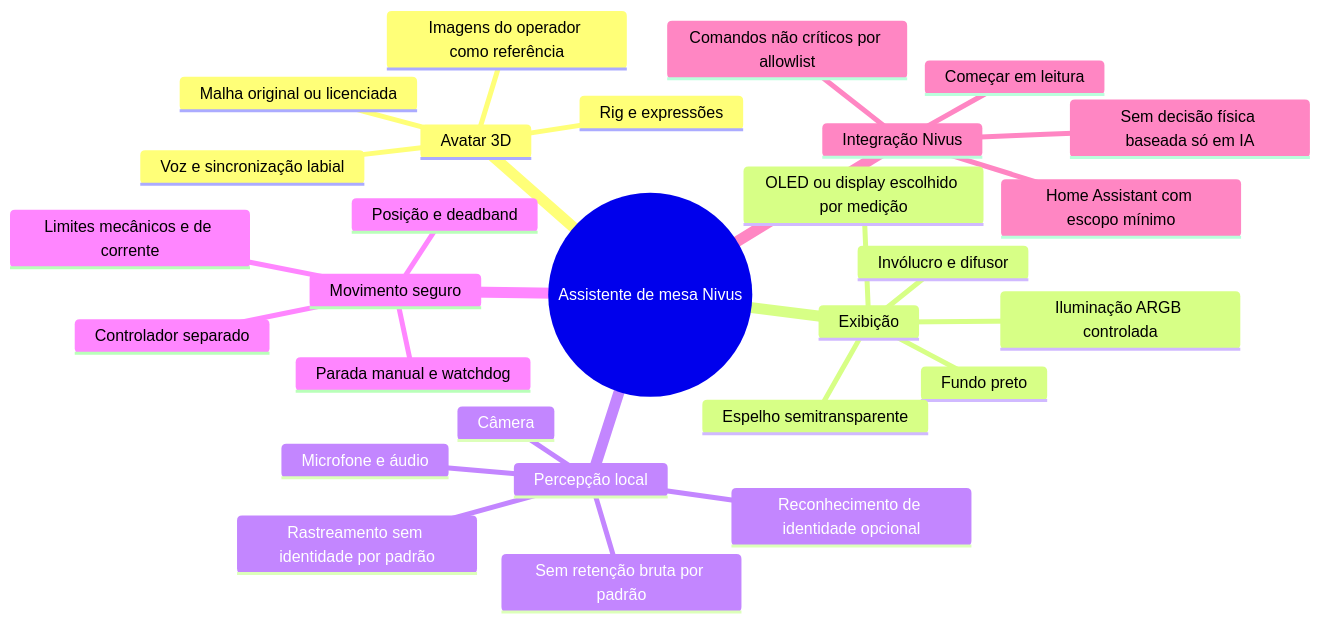
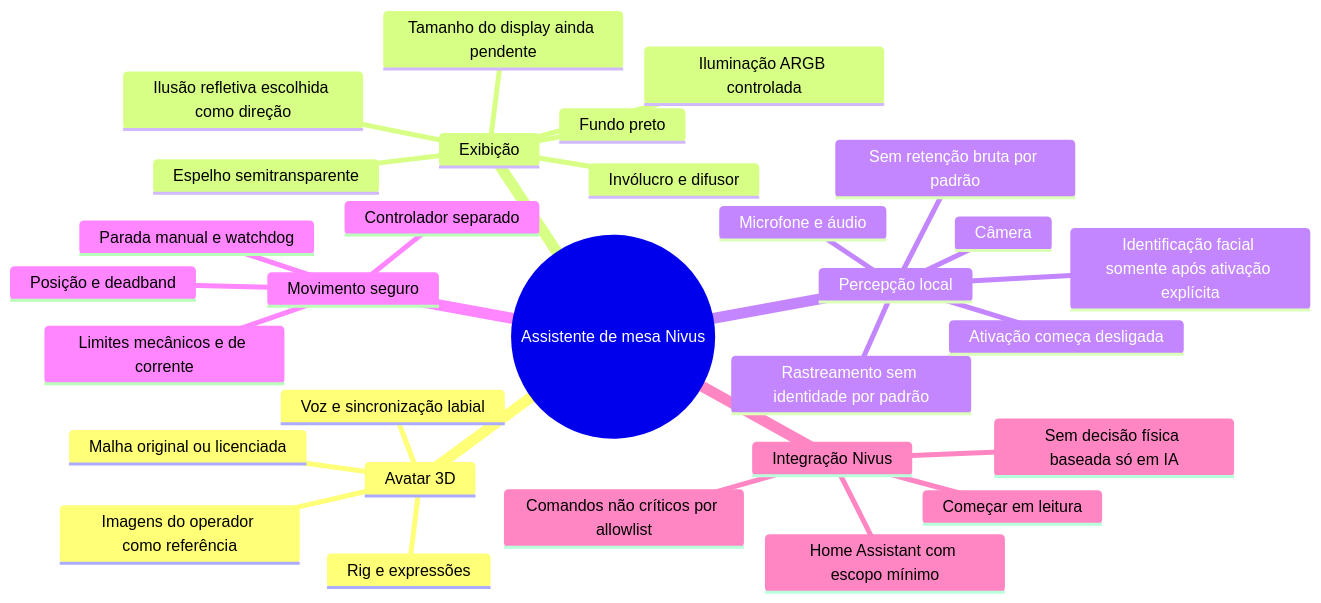
One commit to astec10/nivus-edge-node changed the second of 2 diagrams in docs/DESKTOP_ASSISTANT.md. Above: the diagram before and after it, drawn with Mermaid. The commit also changed other lines of this file and 2 other files, not shown here.

````diff
--- a/docs/DESKTOP_ASSISTANT.md
+++ b/docs/DESKTOP_ASSISTANT.md
@@ -58,31 +60,33 @@
 ```mermaid
 mindmap
   root((Assistente de mesa Nivus))
     Avatar 3D
       Imagens do operador como referência
       Malha original ou licenciada
       Rig e expressões
       Voz e sincronização labial
     Exibição
-      OLED ou display escolhido por medição
+      Ilusão refletiva escolhida como direção
+      Tamanho do display ainda pendente
       Fundo preto
       Espelho semitransparente
       Invólucro e difusor
       Iluminação ARGB controlada
     Percepção local
       Câmera
       Rastreamento sem identidade por padrão
-      Reconhecimento de identidade opcional
+      Identificação facial somente após ativação explícita
+      Ativação começa desligada
       Microfone e áudio
       Sem retenção bruta por padrão
     Movimento seguro
       Controlador separado
       Posição e deadband
       Limites mecânicos e de corrente
       Parada manual e watchdog
     Integração Nivus
       Home Assistant com escopo mínimo
       Começar em leitura
       Comandos não críticos por allowlist
       Sem decisão física baseada só em IA
 ```
````
